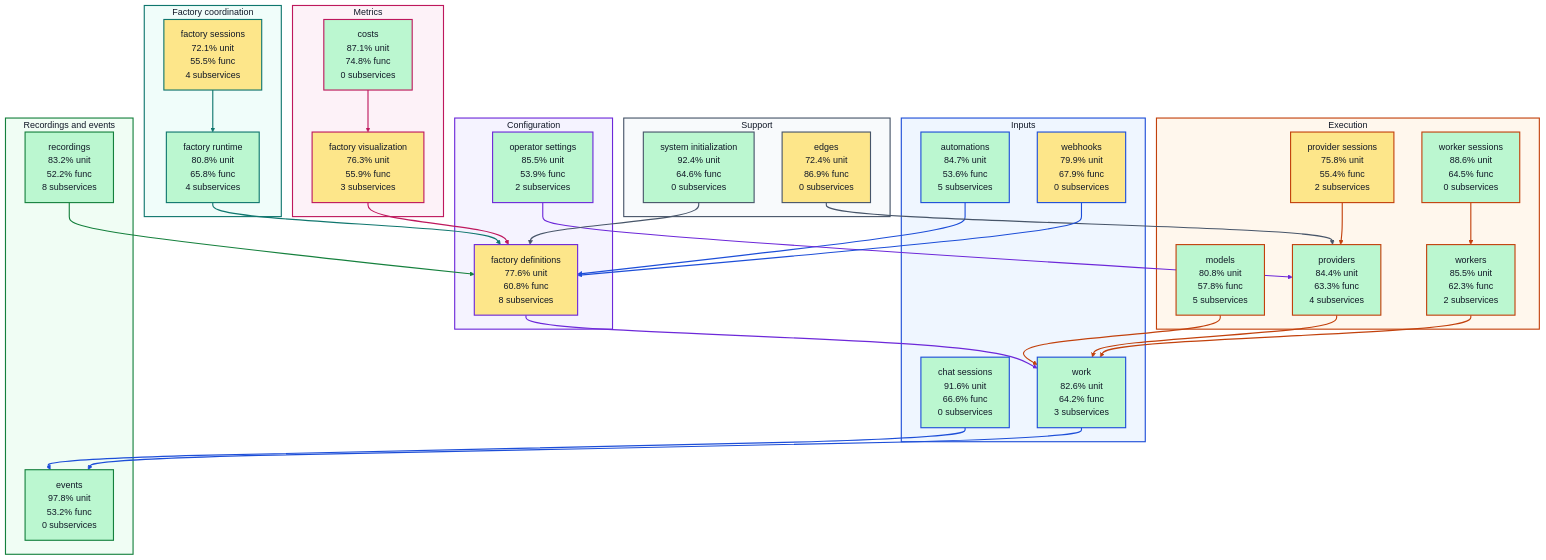
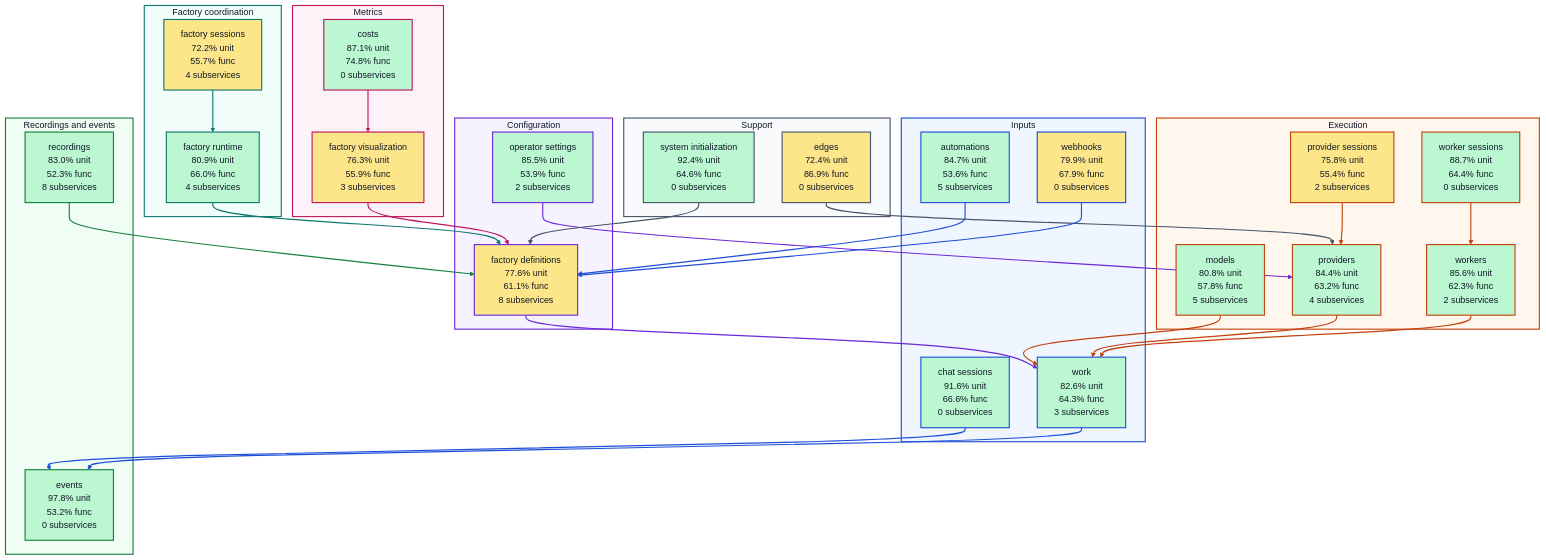
One commit to portpowered/you-agent-factory changed the diagram in docs/architecture/visualizations/high-level-test-coverage.md. Above: the diagram before and after it, drawn with Mermaid. The commit also changed other lines of this file and 20 other files, not shown here.

Commit message:
docs: refresh backend architecture visualizations

```diff
--- a/docs/architecture/visualizations/high-level-test-coverage.md
+++ b/docs/architecture/visualizations/high-level-test-coverage.md
@@ -14,26 +14,26 @@
     s_services_automations["automations<br/>84.7% unit<br/>53.6% func<br/>5 subservices"]
     s_services_chat_sessions["chat sessions<br/>91.6% unit<br/>66.6% func<br/>0 subservices"]
     s_services_webhooks["webhooks<br/>79.9% unit<br/>67.9% func<br/>0 subservices"]
-    s_services_work["work<br/>82.6% unit<br/>64.2% func<br/>3 subservices"]
+    s_services_work["work<br/>82.6% unit<br/>64.3% func<br/>3 subservices"]
   end
   subgraph configuration["Configuration"]
-    s_services_factory_definitions["factory definitions<br/>77.6% unit<br/>60.8% func<br/>8 subservices"]
+    s_services_factory_definitions["factory definitions<br/>77.6% unit<br/>61.1% func<br/>8 subservices"]
     s_services_operator_settings["operator settings<br/>85.5% unit<br/>53.9% func<br/>2 subservices"]
   end
   subgraph coordination["Factory coordination"]
-    s_services_factory_runtime["factory runtime<br/>80.8% unit<br/>65.8% func<br/>4 subservices"]
-    s_services_factory_sessions["factory sessions<br/>72.1% unit<br/>55.5% func<br/>4 subservices"]
+    s_services_factory_runtime["factory runtime<br/>80.9% unit<br/>66.0% func<br/>4 subservices"]
+    s_services_factory_sessions["factory sessions<br/>72.2% unit<br/>55.7% func<br/>4 subservices"]
   end
   subgraph execution["Execution"]
     s_services_models["models<br/>80.8% unit<br/>57.8% func<br/>5 subservices"]
     s_services_provider_sessions["provider sessions<br/>75.8% unit<br/>55.4% func<br/>2 subservices"]
-    s_services_providers["providers<br/>84.4% unit<br/>63.3% func<br/>4 subservices"]
-    s_services_worker_sessions["worker sessions<br/>88.6% unit<br/>64.5% func<br/>0 subservices"]
-    s_services_workers["workers<br/>85.5% unit<br/>62.3% func<br/>2 subservices"]
+    s_services_providers["providers<br/>84.4% unit<br/>63.2% func<br/>4 subservices"]
+    s_services_worker_sessions["worker sessions<br/>88.7% unit<br/>64.4% func<br/>0 subservices"]
+    s_services_workers["workers<br/>85.6% unit<br/>62.3% func<br/>2 subservices"]
   end
   subgraph recordings["Recordings and events"]
     s_services_events["events<br/>97.8% unit<br/>53.2% func<br/>0 subservices"]
-    s_services_recordings["recordings<br/>83.2% unit<br/>52.2% func<br/>8 subservices"]
+    s_services_recordings["recordings<br/>83.0% unit<br/>52.3% func<br/>8 subservices"]
   end
   subgraph metrics["Metrics"]
     s_services_costs["costs<br/>87.1% unit<br/>74.8% func<br/>0 subservices"]
```
